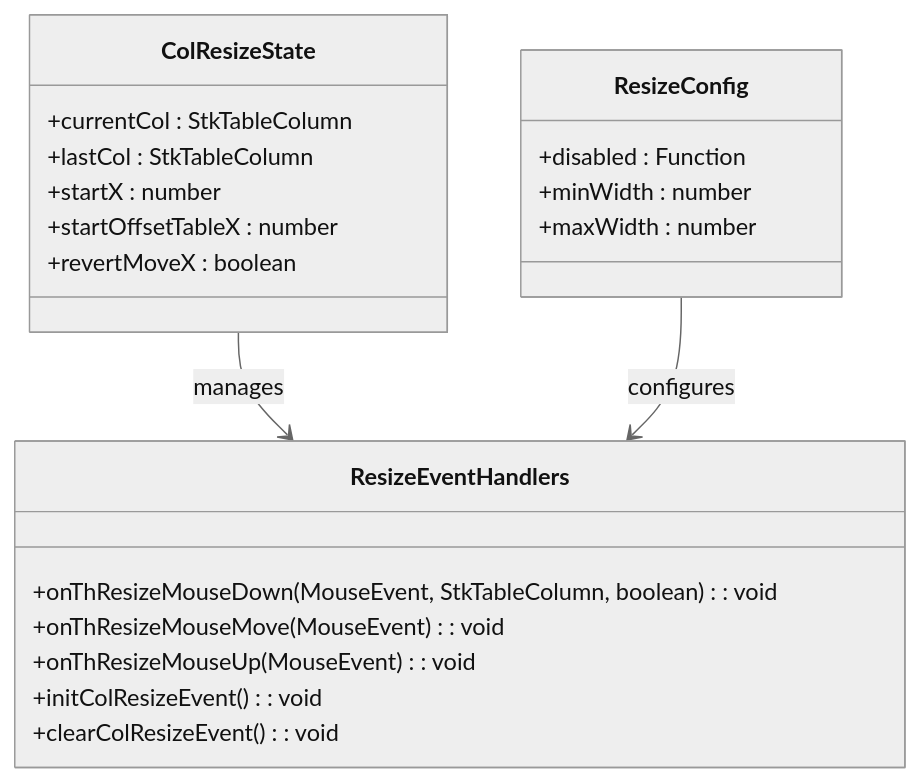
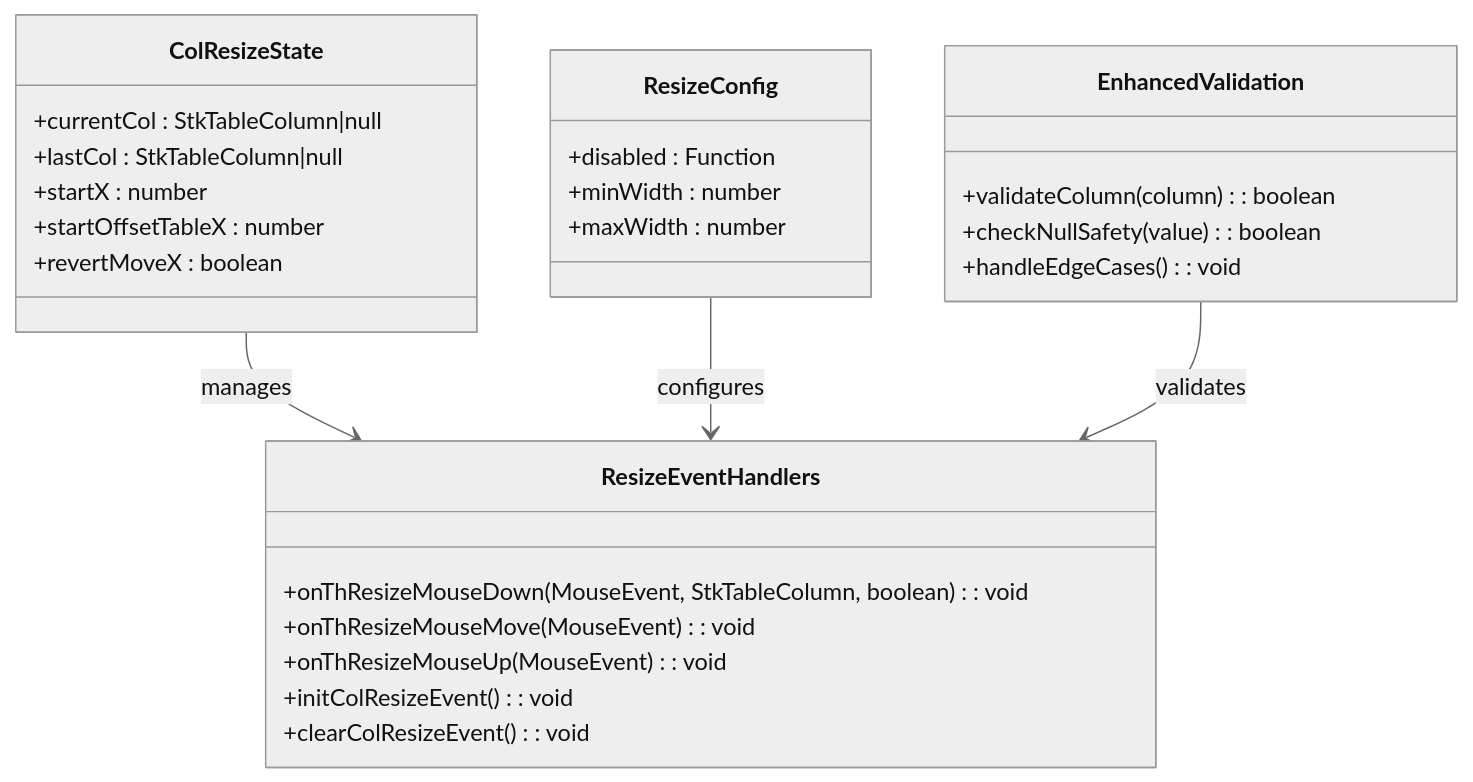
Before and after one commit to ja-plus/stk-table-vue: the fourth of 7 diagrams in .qoder/repowiki/en/content/Column Management System.md, drawn with Mermaid (neutral theme). The commit also changed other lines of this file and 3 other files, not shown here.

````diff
--- a/.qoder/repowiki/en/content/Column Management System.md
+++ b/.qoder/repowiki/en/content/Column Management System.md
@@ -215,24 +160,30 @@
 ```mermaid
 classDiagram
 class ColResizeState {
-+currentCol : StkTableColumn
-+lastCol : StkTableColumn
++currentCol : StkTableColumn|null
++lastCol : StkTableColumn|null
 +startX : number
 +startOffsetTableX : number
 +revertMoveX : boolean
 }
 class ResizeConfig {
 +disabled : Function
 +minWidth : number
 +maxWidth : number
 }
 class ResizeEventHandlers {
 +onThResizeMouseDown(MouseEvent, StkTableColumn, boolean) : void
 +onThResizeMouseMove(MouseEvent) : void
 +onThResizeMouseUp(MouseEvent) : void
 +initColResizeEvent() : void
 +clearColResizeEvent() : void
 }
+class EnhancedValidation {
++validateColumn(column) : boolean
++checkNullSafety(value) : boolean
++handleEdgeCases() : void
+}
 ColResizeState --> ResizeEventHandlers : manages
 ResizeConfig --> ResizeEventHandlers : configures
+EnhancedValidation --> ResizeEventHandlers : validates
 ```
````
